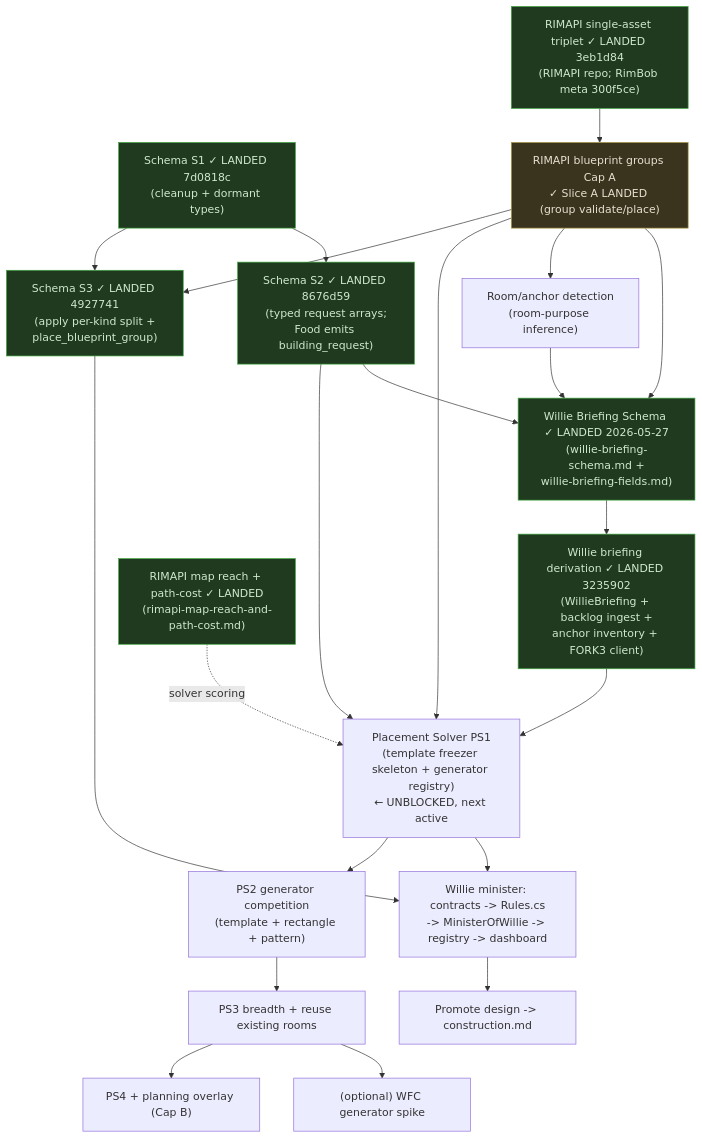
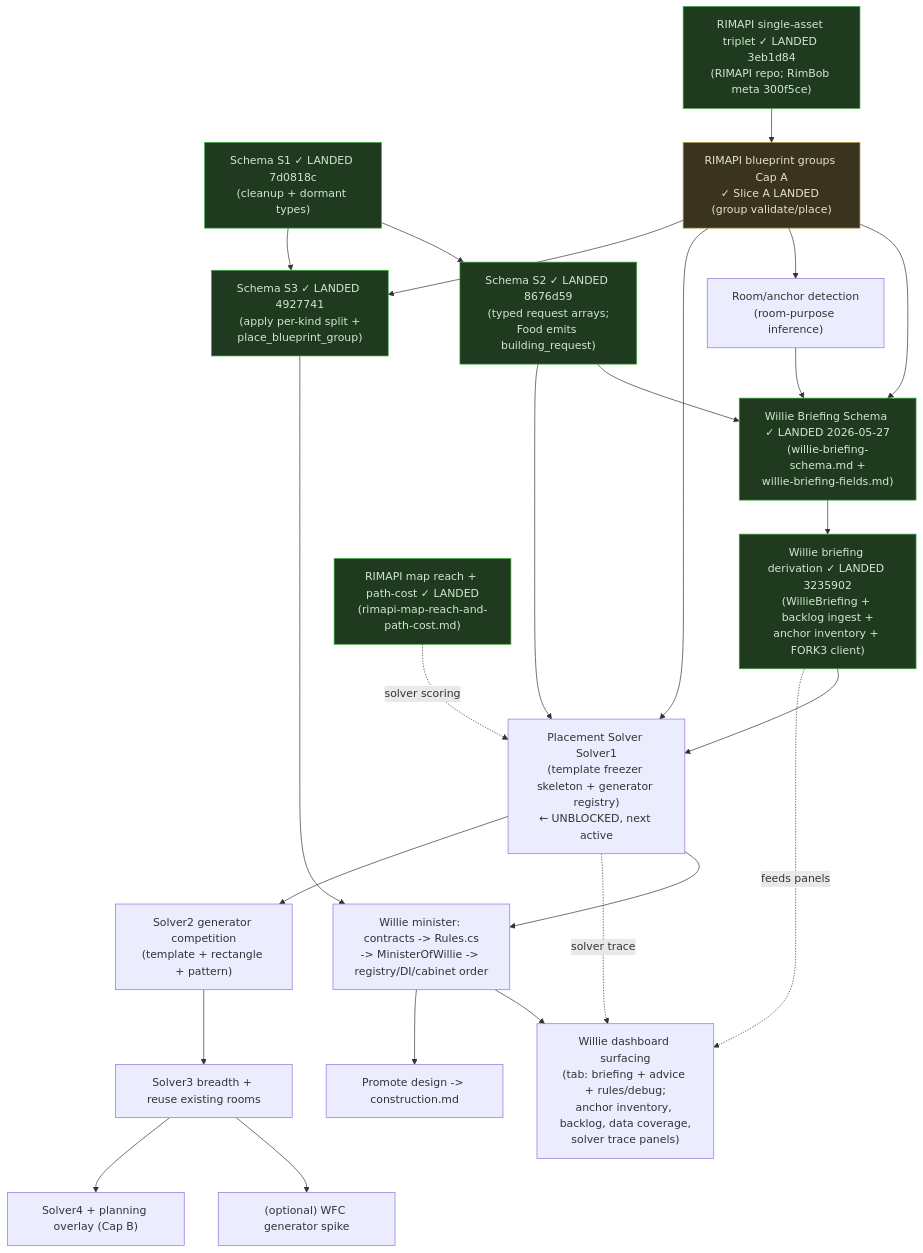
The diagram in .plans/willie-meta-plan.md (ocaspi-sc/RimBob), drawn with Mermaid before and after one commit. The commit also changed other lines of this file and 8 other files, not shown here.

First line of the commit message:
[plans] rename PS->Solver, add Willie dashboard task, review-harden two plans

````diff
--- a/.plans/willie-meta-plan.md
+++ b/.plans/willie-meta-plan.md
@@ -155,27 +155,30 @@
 ```mermaid
 flowchart TD
   S1["Schema S1 ✓ LANDED 7d0818c<br/>(cleanup + dormant types)"] --> S2["Schema S2 ✓ LANDED 8676d59<br/>(typed request arrays;<br/>Food emits building_request)"]
   FORK1["RIMAPI single-asset triplet ✓ LANDED 3eb1d84<br/>(RIMAPI repo; RimBob meta 300f5ce)"] --> FORK2["RIMAPI blueprint groups Cap A<br/>✓ Slice A LANDED (group validate/place)"]
   S2 --> SCHEMA["Willie Briefing Schema ✓ LANDED 2026-05-27<br/>(willie-briefing-schema.md +<br/>willie-briefing-fields.md)"]
   FORK2 --> SCHEMA
   FORK2 --> ROOM["Room/anchor detection<br/>(room-purpose inference)"]
   ROOM --> SCHEMA
   SCHEMA --> DERIV["Willie briefing derivation ✓ LANDED 3235902<br/>(WillieBriefing + backlog ingest +<br/>anchor inventory + FORK3 client)"]
-  DERIV --> PS1["Placement Solver PS1<br/>(template freezer skeleton + generator registry)<br/>← UNBLOCKED, next active"]
-  S2 --> PS1
-  FORK2 --> PS1
-  FORK3["RIMAPI map reach + path-cost ✓ LANDED<br/>(rimapi-map-reach-and-path-cost.md)"] -.solver scoring.-> PS1
-  PS1 --> WILLIE["Willie minister: contracts -> Rules.cs<br/>-> MinisterOfWillie -> registry -> dashboard"]
+  DERIV --> Solver1["Placement Solver Solver1<br/>(template freezer skeleton + generator registry)<br/>← UNBLOCKED, next active"]
+  S2 --> Solver1
+  FORK2 --> Solver1
+  FORK3["RIMAPI map reach + path-cost ✓ LANDED<br/>(rimapi-map-reach-and-path-cost.md)"] -.solver scoring.-> Solver1
+  Solver1 --> WILLIE["Willie minister: contracts -> Rules.cs<br/>-> MinisterOfWillie -> registry/DI/cabinet order"]
   S1 --> S3["Schema S3 ✓ LANDED 4927741<br/>(apply per-kind split +<br/>place_blueprint_group)"]
   FORK2 --> S3
   S3 --> WILLIE
-  PS1 --> PS2["PS2 generator competition<br/>(template + rectangle + pattern)"] --> PS3["PS3 breadth + reuse existing rooms"]
+  WILLIE --> DASH["Willie dashboard surfacing<br/>(tab: briefing + advice + rules/debug;<br/>anchor inventory, backlog, data coverage,<br/>solver trace panels)"]
+  DERIV -.feeds panels.-> DASH
+  Solver1 -.solver trace.-> DASH
+  Solver1 --> Solver2["Solver2 generator competition<br/>(template + rectangle + pattern)"] --> Solver3["Solver3 breadth + reuse existing rooms"]
   WILLIE --> PROMOTE["Promote design -> construction.md"]
-  PS3 --> WFC["(optional) WFC generator spike"]
-  PS3 --> PSB["PS4 + planning overlay (Cap B)"]
+  Solver3 --> WFC["(optional) WFC generator spike"]
+  Solver3 --> SOLVER4B["Solver4 + planning overlay (Cap B)"]
 
   classDef done fill:#1f3a1f,stroke:#3fa83f,color:#cfe8cf;
   class S1,S2,S3,FORK1,FORK3,SCHEMA,DERIV done;
   classDef partial fill:#3a341f,stroke:#a8993f,color:#e8e0cf;
   class FORK2 partial;
 ```
````
